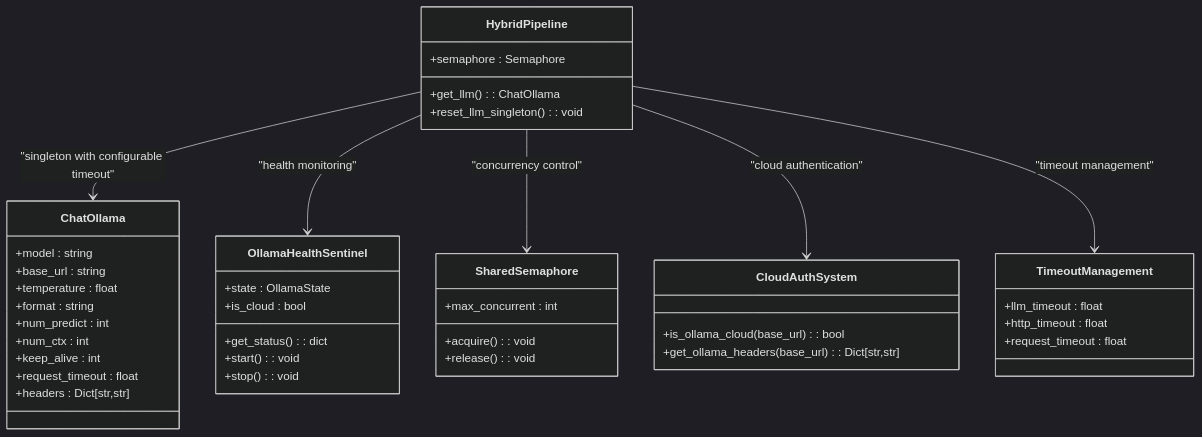
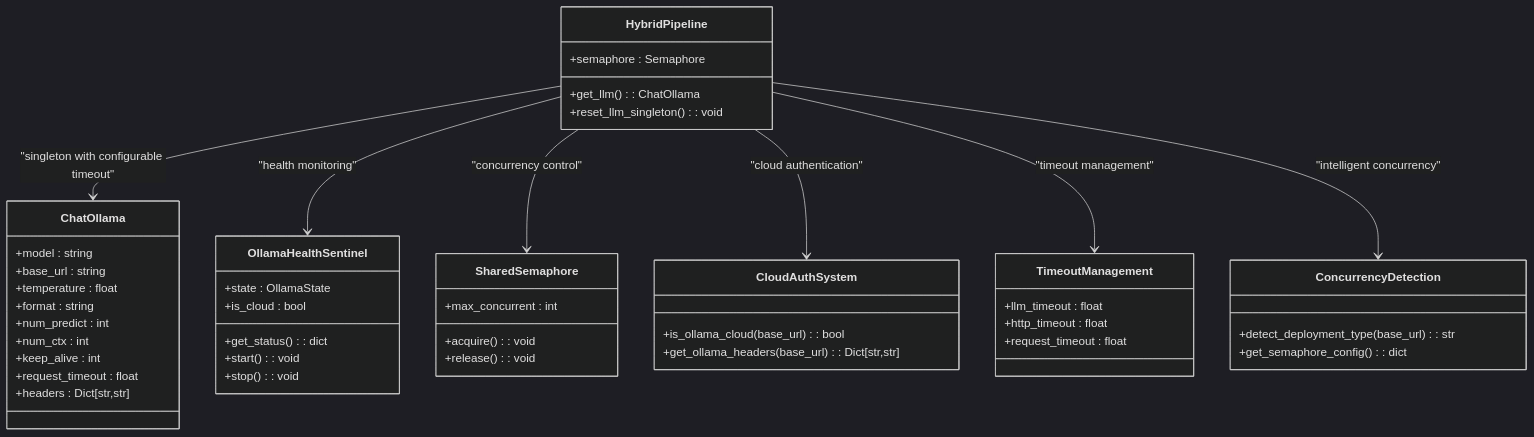
Before and after one commit to Revanththetalogics/aireume: the tenth of 18 diagrams in .qoder/repowiki/en/content/Analysis Engine/LLM Service Integration.md, drawn with Mermaid (dark theme). The commit also changed other lines of this file and 6 other files, not shown here.

````diff
--- a/.qoder/repowiki/en/content/Analysis Engine/LLM Service Integration.md
+++ b/.qoder/repowiki/en/content/Analysis Engine/LLM Service Integration.md
@@ -559,45 +622,50 @@
 ```mermaid
 classDiagram
 class HybridPipeline {
 +semaphore : Semaphore
 +get_llm() : ChatOllama
 +reset_llm_singleton() : void
 }
 class ChatOllama {
 +model : string
 +base_url : string
 +temperature : float
 +format : string
 +num_predict : int
 +num_ctx : int
 +keep_alive : int
 +request_timeout : float
 +headers : Dict[str,str]
 }
 class OllamaHealthSentinel {
 +state : OllamaState
 +get_status() : dict
 +start() : void
 +stop() : void
 +is_cloud : bool
 }
 class SharedSemaphore {
 +max_concurrent : int
 +acquire() : void
 +release() : void
 }
 class CloudAuthSystem {
 +is_ollama_cloud(base_url) : bool
 +get_ollama_headers(base_url) : Dict[str,str]
 }
 class TimeoutManagement {
 +llm_timeout : float
 +http_timeout : float
 +request_timeout : float
 }
+class ConcurrencyDetection {
++detect_deployment_type(base_url) : str
++get_semaphore_config() : dict
+}
 HybridPipeline --> ChatOllama : "singleton with configurable timeout"
 HybridPipeline --> OllamaHealthSentinel : "health monitoring"
 HybridPipeline --> SharedSemaphore : "concurrency control"
 HybridPipeline --> CloudAuthSystem : "cloud authentication"
 HybridPipeline --> TimeoutManagement : "timeout management"
+HybridPipeline --> ConcurrencyDetection : "intelligent concurrency"
 ```
````
